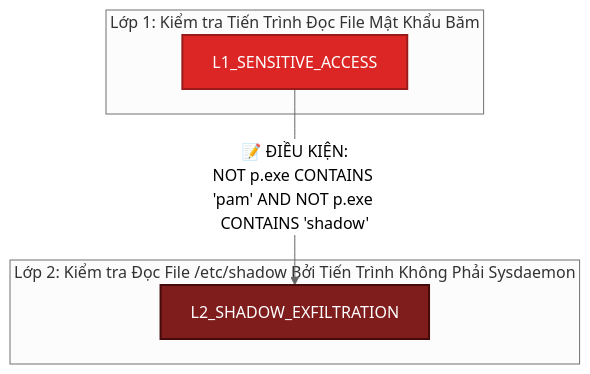
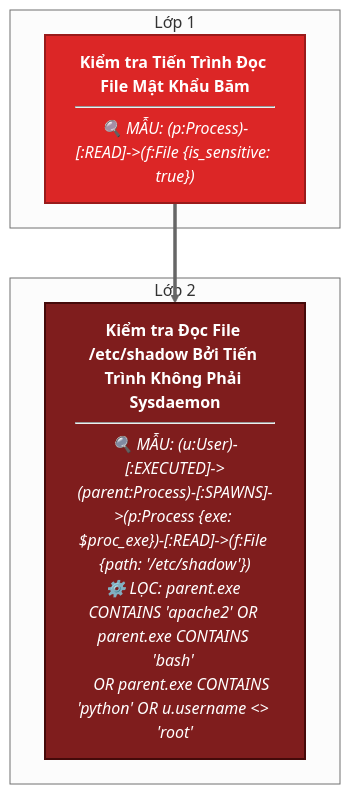
One commit to ttm62/bug-free-doodle changed the second of 14 diagrams in all_rules/README.md. Above: the diagram before and after it, drawn with Mermaid (neutral theme). The commit also changed other lines of this file and 31 other files, not shown here.

````diff
--- a/all_rules/README.md
+++ b/all_rules/README.md
@@ -23,15 +23,15 @@
 ```mermaid
 graph TD
     classDef low fill:#fef08a,stroke:#ca8a04,stroke-width:2px,color:#854d0e;
     classDef medium fill:#f97316,stroke:#c2410c,stroke-width:2px,color:#fff;
     classDef high fill:#dc2626,stroke:#991b1b,stroke-width:2px,color:#fff;
     classDef critical fill:#7f1d1d,stroke:#450a0a,stroke-width:2px,color:#fff;
 
-    subgraph Layer1 ["Lớp 1: Kiểm tra Tiến Trình Đọc File Mật Khẩu Băm"]
-        L1_SENSITIVE_ACCESS["L1_SENSITIVE_ACCESS"]:::high
+    subgraph Layer_L1_SENSITIVE_ACCESS ["Lớp 1"]
+        L1_SENSITIVE_ACCESS["<b>Kiểm tra Tiến Trình Đọc File Mật Khẩu Băm</b><br/><hr/><i>🔍 MẪU: (p:Process)-[:READ]->(f:File {is_sensitive: true})</i>"]:::high
     end
-    subgraph Layer2 ["Lớp 2: Kiểm tra Đọc File /etc/shadow Bởi Tiến Trình Không Phải Sysdaemon"]
-        L2_SHADOW_EXFILTRATION["L2_SHADOW_EXFILTRATION"]:::critical
+    subgraph Layer_L2_SHADOW_EXFILTRATION ["Lớp 2"]
+        L2_SHADOW_EXFILTRATION["<b>Kiểm tra Đọc File /etc/shadow Bởi Tiến Trình Không Phải Sysdaemon</b><br/><hr/><i>🔍 MẪU: (u:User)-[:EXECUTED]->(parent:Process)-[:SPAWNS]->(p:Process {exe: $proc_exe})-[:READ]->(f:File {path: '/etc/shadow'})<br/>⚙️ LỌC: parent.exe CONTAINS 'apache2' OR parent.exe CONTAINS 'bash' <br/>&nbsp;&nbsp;&nbsp;&nbsp;OR parent.exe CONTAINS 'python' OR u.username <> 'root'</i>"]:::critical
     end
-    L1_SENSITIVE_ACCESS -->|"📝 ĐIỀU KIỆN:<br/>NOT p.exe CONTAINS 'pam' AND NOT p.exe CONTAINS 'shadow'"| L2_SHADOW_EXFILTRATION
+    L1_SENSITIVE_ACCESS ==> L2_SHADOW_EXFILTRATION
 ```
````
